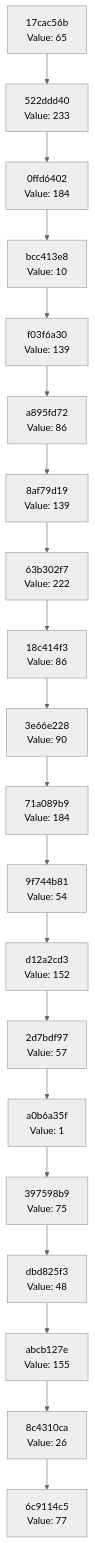
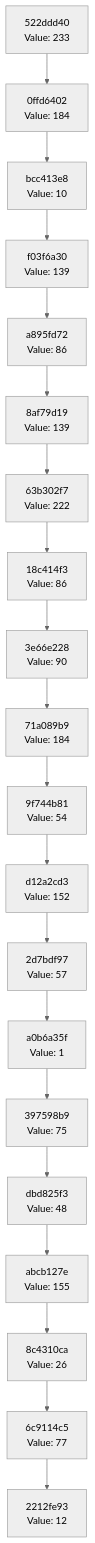
One commit to Abhisheksinha1506/hash-chain-evolver changed the diagram in docs/CHAIN_VISUALIZATION.md. Above: the diagram before and after it, drawn with Mermaid (neutral theme). The commit also changed 3 other files, not shown here.

````diff
--- a/docs/CHAIN_VISUALIZATION.md
+++ b/docs/CHAIN_VISUALIZATION.md
@@ -3,42 +3,42 @@
 ```mermaid
 graph TD
-    C0["6c9114c5<br/>Value: 77"]
-    C1["8c4310ca<br/>Value: 26"]
+    C0["2212fe93<br/>Value: 12"]
+    C1["6c9114c5<br/>Value: 77"]
     C1 --> C0
-    C2["abcb127e<br/>Value: 155"]
+    C2["8c4310ca<br/>Value: 26"]
     C2 --> C1
-    C3["dbd825f3<br/>Value: 48"]
+    C3["abcb127e<br/>Value: 155"]
     C3 --> C2
-    C4["397598b9<br/>Value: 75"]
+    C4["dbd825f3<br/>Value: 48"]
     C4 --> C3
-    C5["a0b6a35f<br/>Value: 1"]
+    C5["397598b9<br/>Value: 75"]
     C5 --> C4
-    C6["2d7bdf97<br/>Value: 57"]
+    C6["a0b6a35f<br/>Value: 1"]
     C6 --> C5
-    C7["d12a2cd3<br/>Value: 152"]
+    C7["2d7bdf97<br/>Value: 57"]
     C7 --> C6
-    C8["9f744b81<br/>Value: 54"]
+    C8["d12a2cd3<br/>Value: 152"]
     C8 --> C7
-    C9["71a089b9<br/>Value: 184"]
+    C9["9f744b81<br/>Value: 54"]
     C9 --> C8
-    C10["3e66e228<br/>Value: 90"]
+    C10["71a089b9<br/>Value: 184"]
     C10 --> C9
-    C11["18c414f3<br/>Value: 86"]
+    C11["3e66e228<br/>Value: 90"]
     C11 --> C10
-    C12["63b302f7<br/>Value: 222"]
+    C12["18c414f3<br/>Value: 86"]
     C12 --> C11
-    C13["8af79d19<br/>Value: 139"]
+    C13["63b302f7<br/>Value: 222"]
     C13 --> C12
-    C14["a895fd72<br/>Value: 86"]
+    C14["8af79d19<br/>Value: 139"]
     C14 --> C13
-    C15["f03f6a30<br/>Value: 139"]
+    C15["a895fd72<br/>Value: 86"]
     C15 --> C14
-    C16["bcc413e8<br/>Value: 10"]
+    C16["f03f6a30<br/>Value: 139"]
     C16 --> C15
-    C17["0ffd6402<br/>Value: 184"]
+    C17["bcc413e8<br/>Value: 10"]
     C17 --> C16
-    C18["522ddd40<br/>Value: 233"]
+    C18["0ffd6402<br/>Value: 184"]
     C18 --> C17
-    C19["17cac56b<br/>Value: 65"]
+    C19["522ddd40<br/>Value: 233"]
     C19 --> C18
 ```
````
